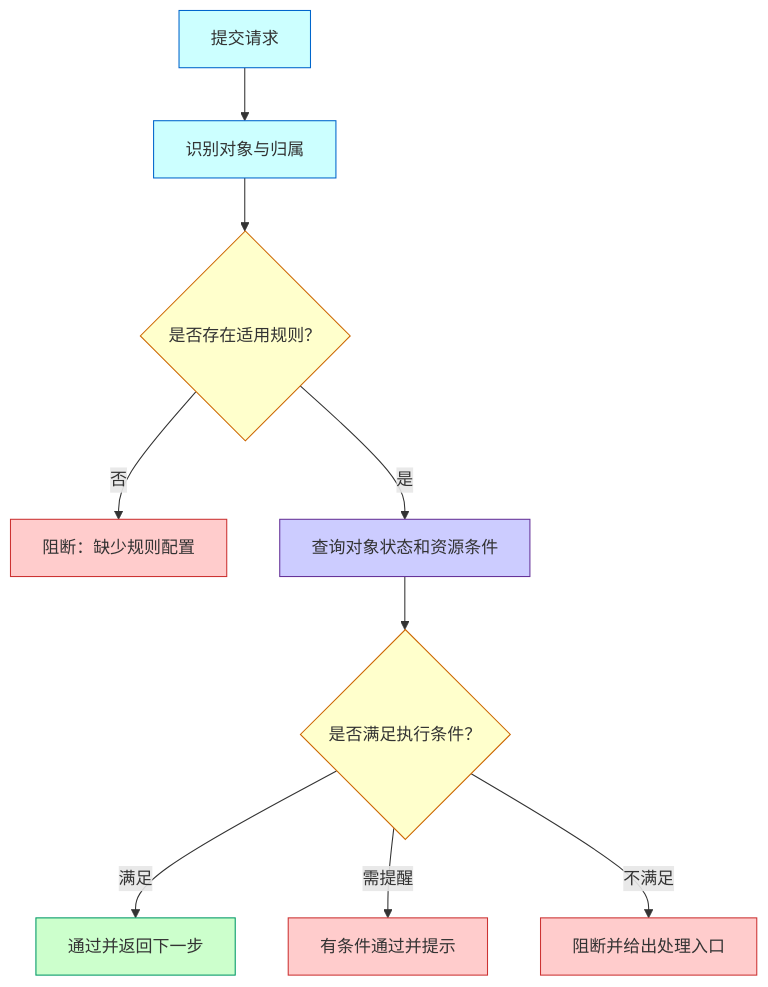
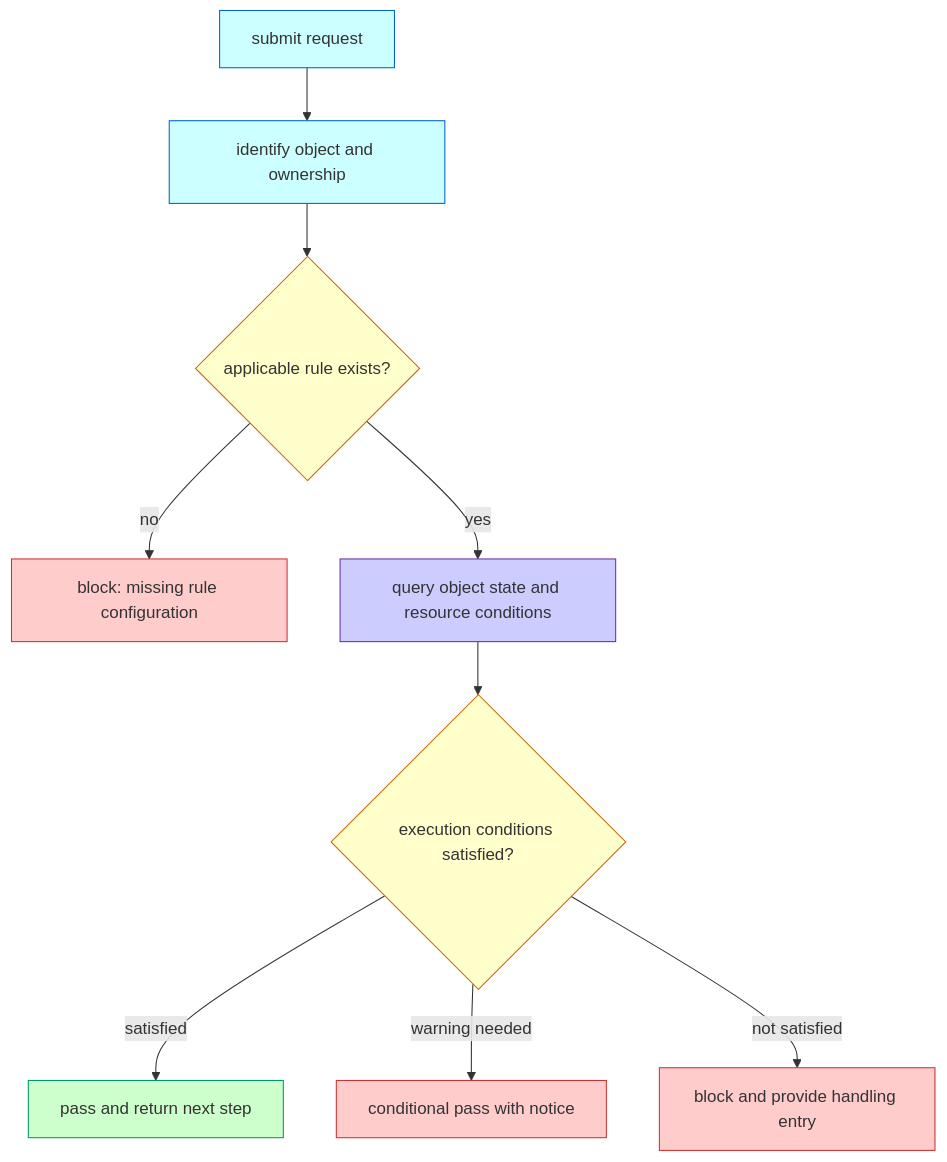
The ninth of 9 diagrams in references/diagram-patterns.md (xyjunco/junco-skill), drawn with Mermaid before and after one commit. The commit also changed other lines of this file and 6 other files, not shown here.

````diff
--- a/references/diagram-patterns.md
+++ b/references/diagram-patterns.md
@@ -341,25 +364,25 @@
 ```mermaid
 flowchart TD
-  Start["提交请求"] --> Identify["识别对象与归属"]
-  Identify --> HasPolicy{"是否存在适用规则？"}
-  HasPolicy -- "否" --> RejectNoPolicy["阻断：缺少规则配置"]
-  HasPolicy -- "是" --> Query["查询对象状态和资源条件"]
-  Query --> Allowed{"是否满足执行条件？"}
-  Allowed -- "满足" --> Pass["通过并返回下一步"]
-  Allowed -- "需提醒" --> Warn["有条件通过并提示"]
-  Allowed -- "不满足" --> Block["阻断并给出处理入口"]
+  Start["submit request"] --> Identify["identify object and ownership"]
+  Identify --> HasPolicy{"applicable rule exists?"}
+  HasPolicy -- "no" --> RejectNoPolicy["block: missing rule configuration"]
+  HasPolicy -- "yes" --> Query["query object state and resource conditions"]
+  Query --> Allowed{"execution conditions satisfied?"}
+  Allowed -- "satisfied" --> Pass["pass and return next step"]
+  Allowed -- "warning needed" --> Warn["conditional pass with notice"]
+  Allowed -- "not satisfied" --> Block["block and provide handling entry"]
 
   class Start,Identify core;
   class HasPolicy,Allowed control;
   class Query data;
   class Pass runtime;
   class Warn,Block,RejectNoPolicy risk;
 
   classDef actor fill:#FFCC99,stroke:#CC6600,color:#333333;
   classDef core fill:#CCFFFF,stroke:#0066CC,color:#333333;
   classDef runtime fill:#CCFFCC,stroke:#009966,color:#333333;
   classDef control fill:#FFFFCC,stroke:#CC6600,color:#333333;
   classDef data fill:#CCCCFF,stroke:#663399,color:#333333;
   classDef risk fill:#FFCCCC,stroke:#CC3333,color:#333333;
   classDef neutral fill:#FFFFFF,stroke:#999999,color:#333333;
 ```
````
